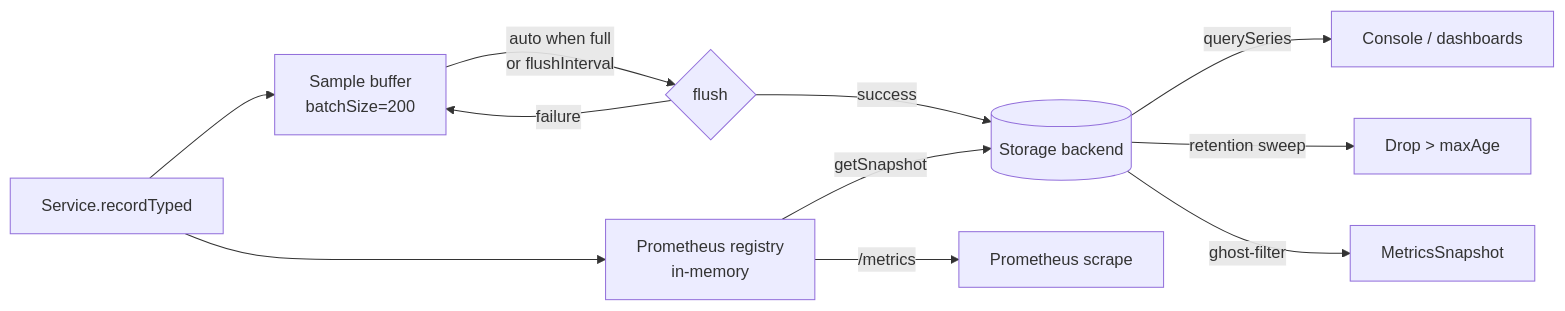
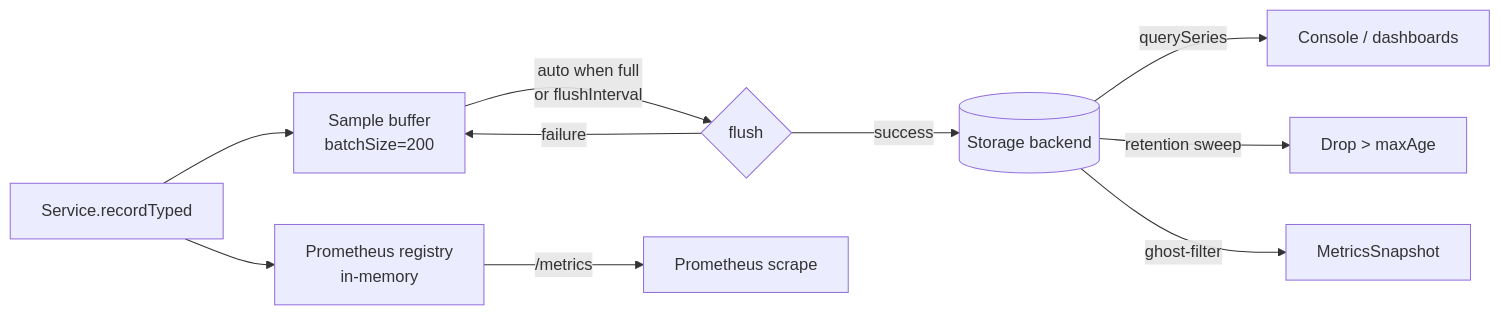
One commit to omnitron-dev/website changed the diagram in docs/titan/modules/metrics.mdx. Above: the diagram before and after it, drawn with Mermaid. The commit also changed other lines of this file and 1 other file, not shown here.

Commit message:
docs(metrics): clarify shutdown and storage API contracts

````diff
--- a/docs/titan/modules/metrics.mdx
+++ b/docs/titan/modules/metrics.mdx
@@ -416,14 +418,13 @@
 ```mermaid
 flowchart LR
   Code[Service.recordTyped]
   Code --> Reg[Prometheus registry<br/>in-memory]
   Code --> Buf[Sample buffer<br/>batchSize=200]
   Buf -- auto when full<br/>or flushInterval --> Flush{flush}
   Flush -- success --> Storage[(Storage backend)]
   Flush -- failure --> Buf
   Reg -- /metrics --> Prom[Prometheus scrape]
   Storage -- querySeries --> Dashboard[Console / dashboards]
   Storage -- retention sweep --> Cleanup[Drop > maxAge]
-  Reg -- getSnapshot --> Storage
   Storage -- ghost-filter --> Snap[MetricsSnapshot]
 ```
````
